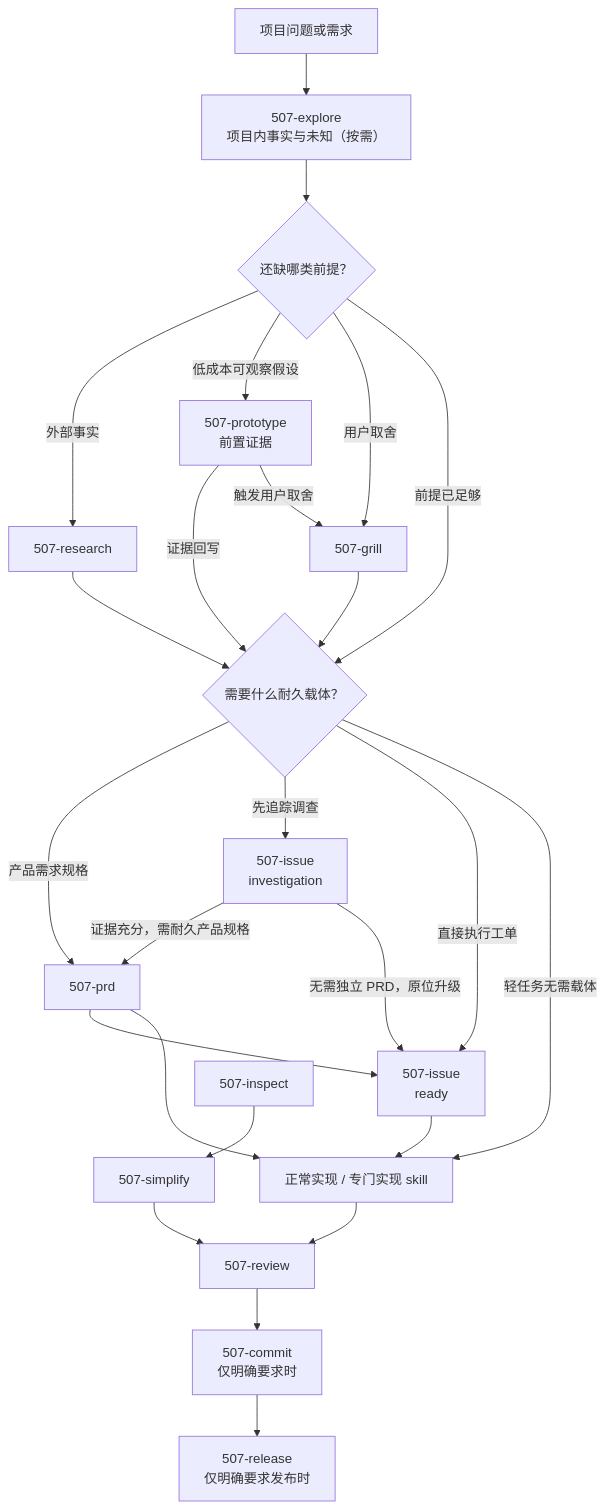
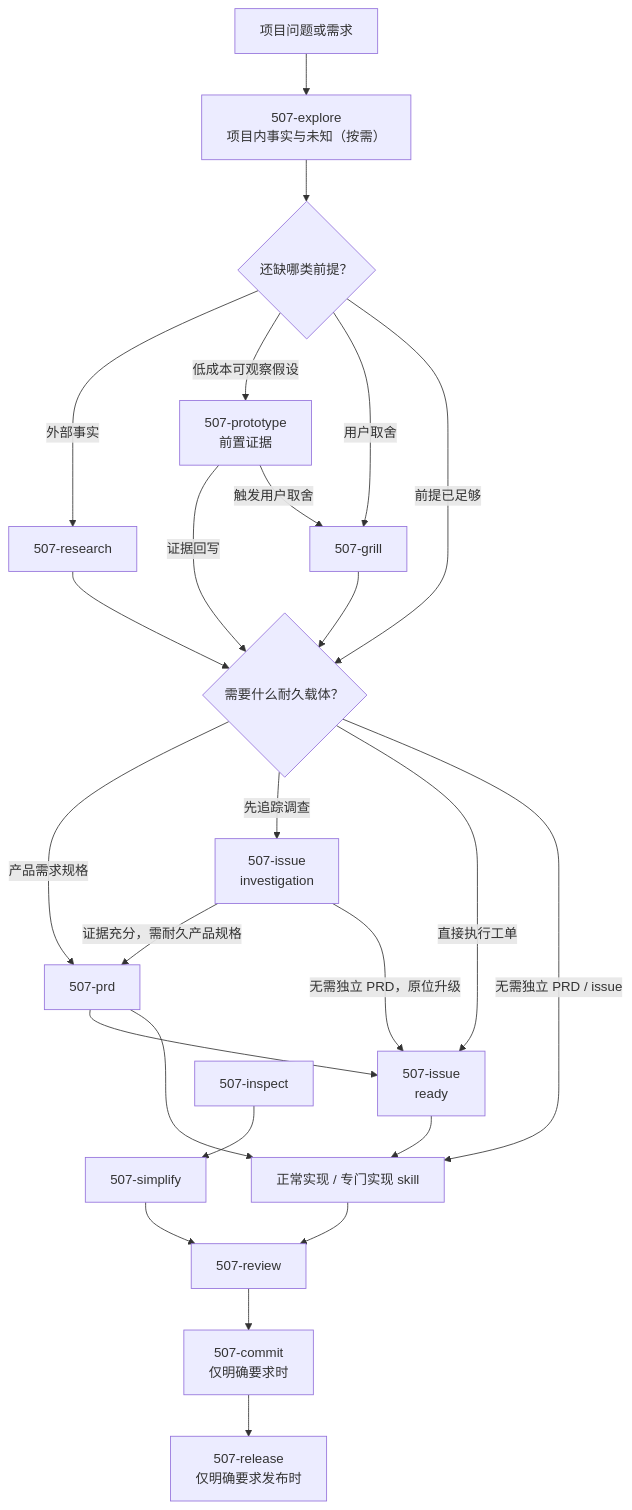
Before and after one commit to ssdiwu/507-skills: the diagram in code/README.md, drawn with Mermaid. The commit also changed other lines of this file and 102 other files, not shown here.

````diff
--- a/code/README.md
+++ b/code/README.md
@@ -7,29 +7,29 @@
 ```mermaid
 flowchart TD
     problem["项目问题或需求"] --> explore["507-explore<br/>项目内事实与未知（按需）"]
     explore --> evidence{"还缺哪类前提？"}
     evidence -->|"外部事实"| research["507-research"]
     evidence -->|"低成本可观察假设"| prototype["507-prototype<br/>前置证据"]
     evidence -->|"用户取舍"| grill["507-grill"]
     evidence -->|"前提已足够"| ready{"需要什么耐久载体？"}
     research --> ready
     prototype -->|"证据回写"| ready
     prototype -->|"触发用户取舍"| grill
     grill --> ready
 
     ready -->|"产品需求规格"| prd["507-prd"]
     ready -->|"先追踪调查"| investigation["507-issue<br/>investigation"]
     ready -->|"直接执行工单"| issue["507-issue<br/>ready"]
-    ready -->|"轻任务无需载体"| implement["正常实现 / 专门实现 skill"]
+    ready -->|"无需独立 PRD / issue"| implement["正常实现 / 专门实现 skill"]
     investigation -->|"证据充分，需耐久产品规格"| prd
     investigation -->|"无需独立 PRD，原位升级"| issue
     prd --> issue
     prd --> implement
     issue --> implement
 
     implement --> review["507-review"]
     review --> commit["507-commit<br/>仅明确要求时"]
     commit --> release["507-release<br/>仅明确要求发布时"]
 
     inspect["507-inspect"] --> simplify["507-simplify"] --> review
 ```
````
